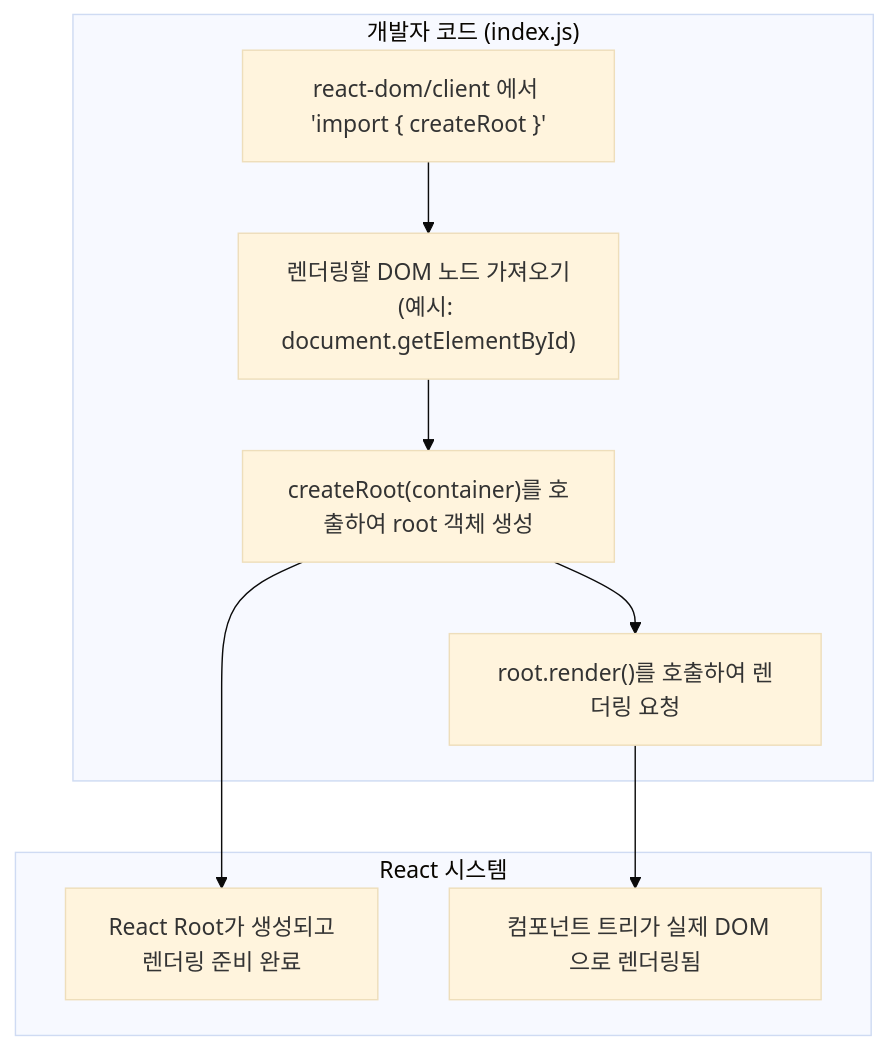
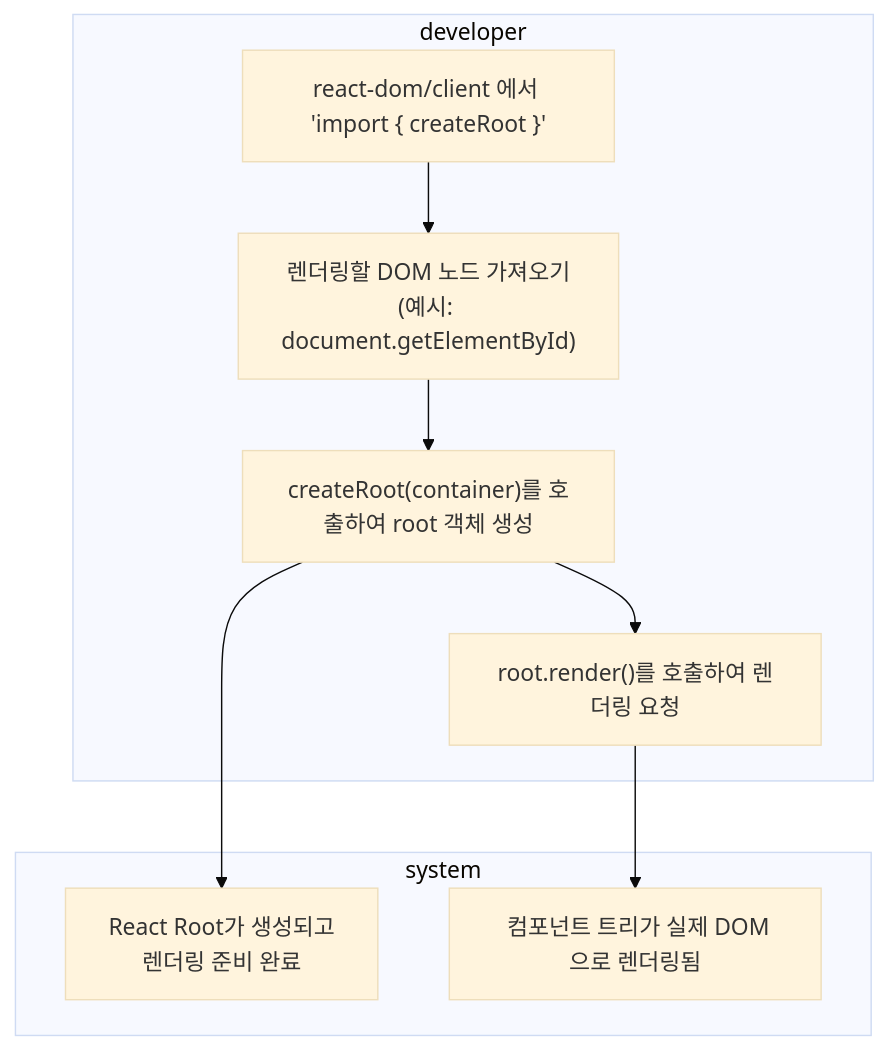
One commit to devtedlee/ted-projects-blog changed the first of 3 diagrams in cmdsppe7y000w02lh4rhkc76h.md. Above: the diagram before and after it, drawn with Mermaid (base theme).

Commit message:
update post: React19 Internals 1: 초기 마운트

````diff
--- a/cmdsppe7y000w02lh4rhkc76h.md
+++ b/cmdsppe7y000w02lh4rhkc76h.md
@@ -20,20 +20,20 @@
 ```mermaid
 flowchart TD
-  subgraph developer["개발자 코드 (index.js)"]
+  subgraph developer
     A["react-dom/client 에서 'import { createRoot }'"]
     B["렌더링할 DOM 노드 가져오기<br>(예시: document.getElementById)"]
     C["createRoot(container)를 호출하여 root 객체 생성"]
     D["root.render(<App />)를 호출하여 렌더링 요청"]
   end
 
-  subgraph system["React 시스템"]
+  subgraph system
     E["React Root가 생성되고<br>렌더링 준비 완료"]
     F["<App /> 컴포넌트 트리가 실제 DOM으로 렌더링됨"]
   end
 
   A --> B
   B --> C
   C --> D
   C --> E
   D --> F
 ```
````
